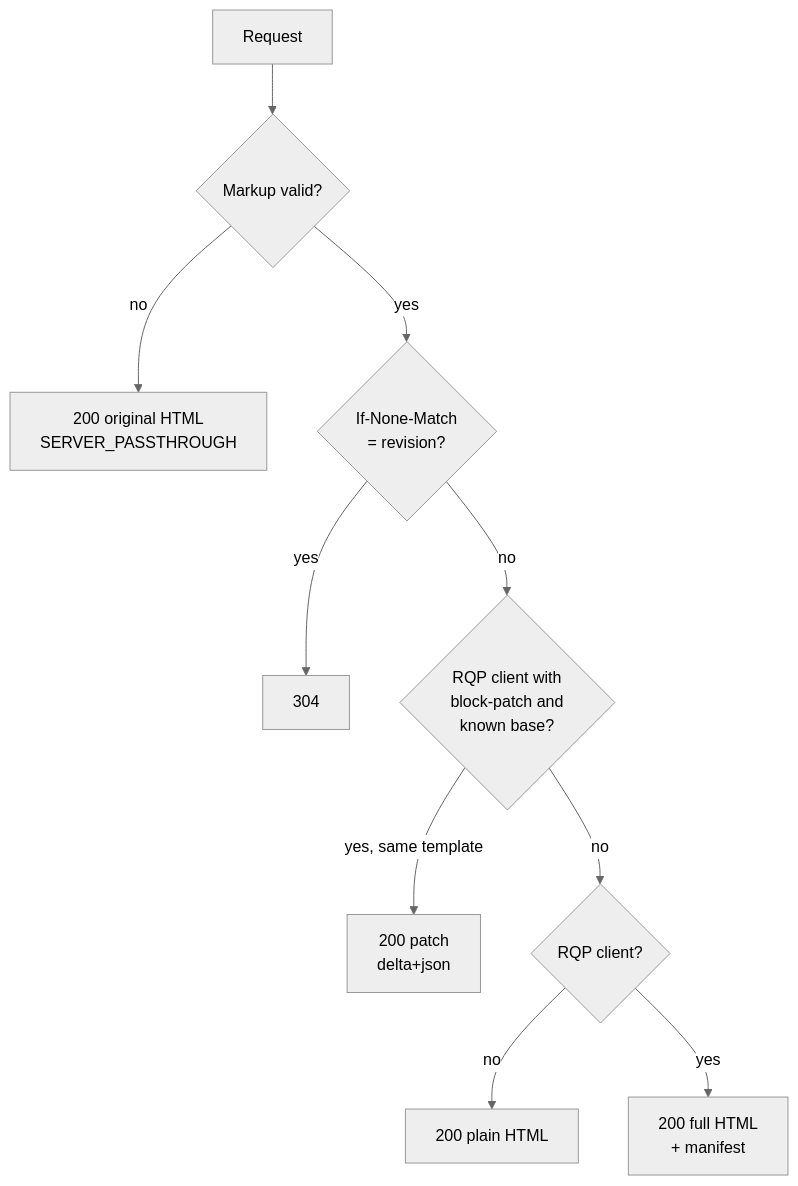
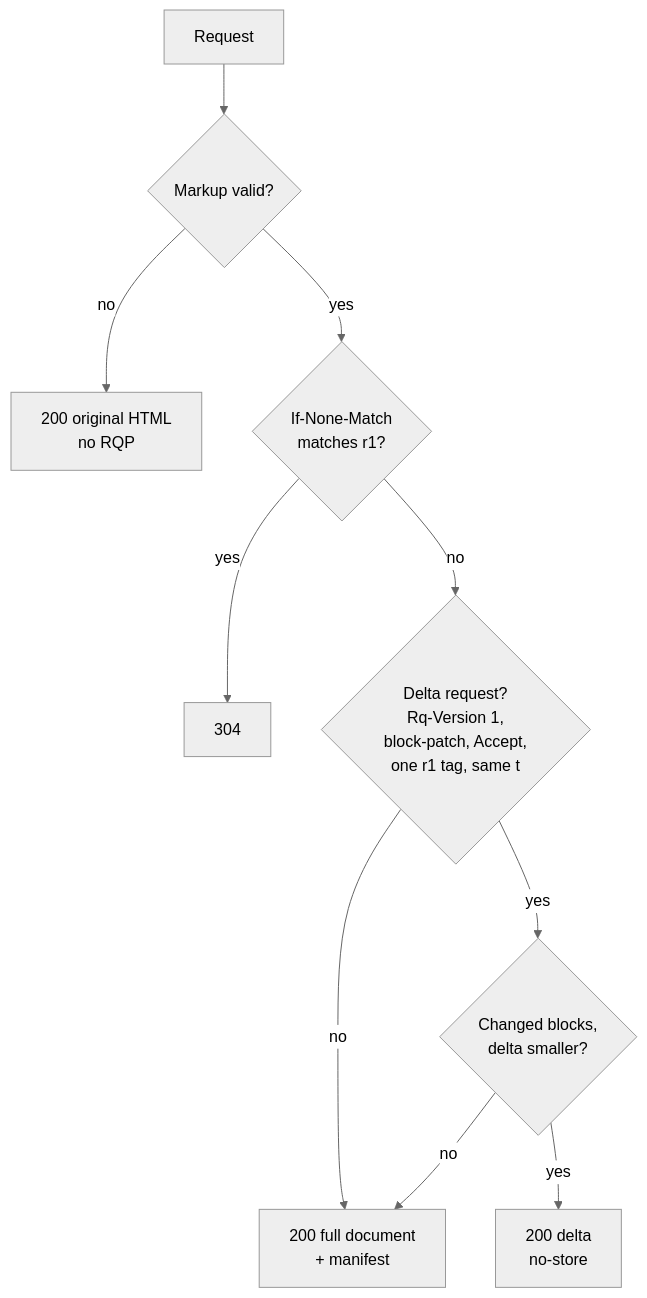
The diagram in docs/guide/examples/server.md (robotoss/rivqen), drawn with Mermaid (neutral theme) before and after one commit. The commit also changed other lines of this file and 1 other file, not shown here.

First line of the commit message:
docs(guide): server example and migration guide follow rqp/1 (H-49, H-51, H-52, H-54)

````diff
--- a/docs/guide/examples/server.md
+++ b/docs/guide/examples/server.md
@@ -41,12 +44,12 @@
 ```mermaid
 flowchart TD
   R[Request] --> A{Markup valid?}
-  A -- no --> P[200 original HTML<br/>SERVER_PASSTHROUGH]
-  A -- yes --> N{If-None-Match<br/>= revision?}
+  A -- no --> P[200 original HTML<br/>no RQP]
+  A -- yes --> N{If-None-Match<br/>matches r1?}
   N -- yes --> NM[304]
-  N -- no --> Q{RQP client with<br/>block-patch and<br/>known base?}
-  Q -- "yes, same template" --> D[200 patch<br/>delta+json]
-  Q -- no --> C{RQP client?}
-  C -- no --> H[200 plain HTML]
-  C -- yes --> F[200 full HTML<br/>+ manifest]
+  N -- no --> Q{Delta request?<br/>Rq-Version 1,<br/>block-patch, Accept,<br/>one r1 tag, same t}
+  Q -- no --> F[200 full document<br/>+ manifest]
+  Q -- yes --> S{Changed blocks,<br/>delta smaller?}
+  S -- yes --> D[200 delta<br/>no-store]
+  S -- no --> F
 ```
````
